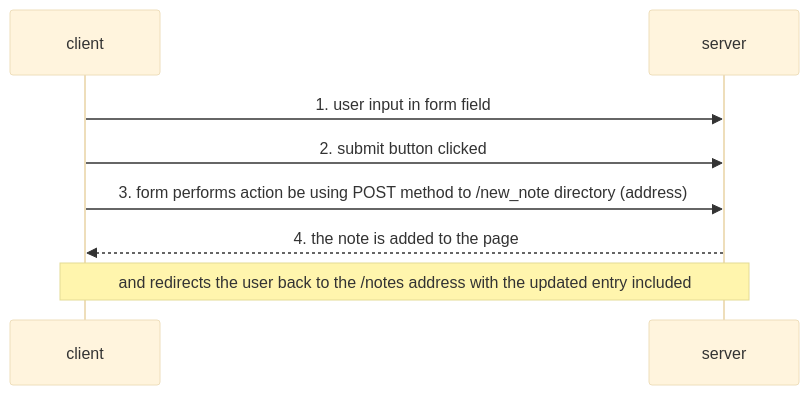
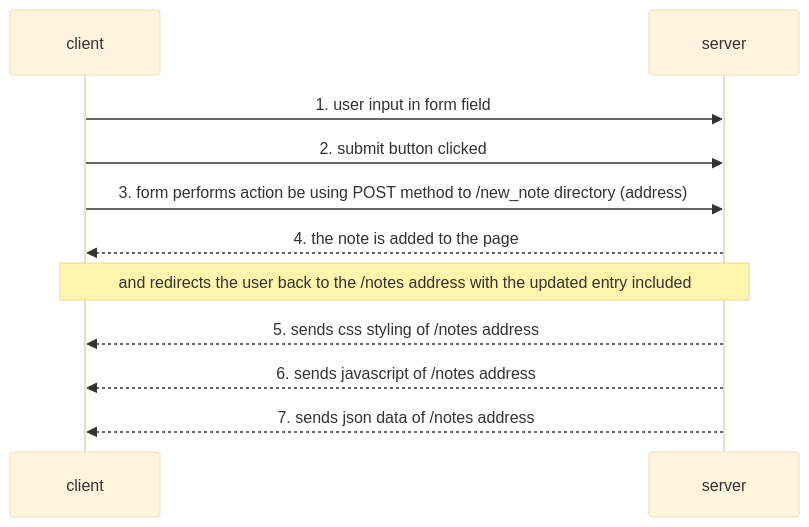
Before and after one commit to theDapperFoxtrot/fullstackopen-part0-exercises: the diagram in README.md, drawn with Mermaid (base theme).

````diff
--- a/README.md
+++ b/README.md
@@ -8,10 +8,13 @@
 ```mermaid
 sequenceDiagram
     participant client
     participant server
     client->>server: 1. user input in form field 
     client->>server: 2. submit button clicked 
     client->>server: 3. form performs action be using POST method to /new_note directory (address)
     server-->>client: 4. the note is added to the page
     Note over server, client: and redirects the user back to the /notes address with the updated entry included
+    server-->>client: 5. sends css styling of /notes address
+    server-->>client: 6. sends javascript of /notes address
+    server-->>client: 7. sends json data of /notes address
 ```
````
